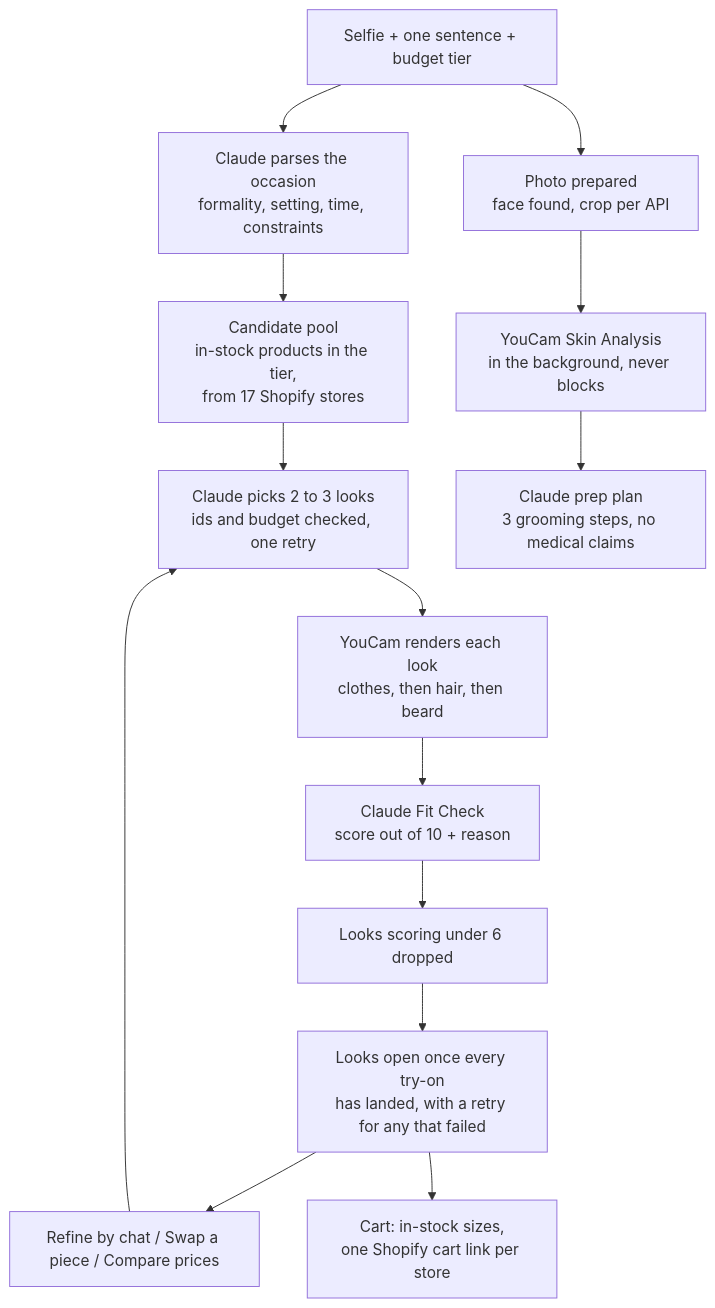
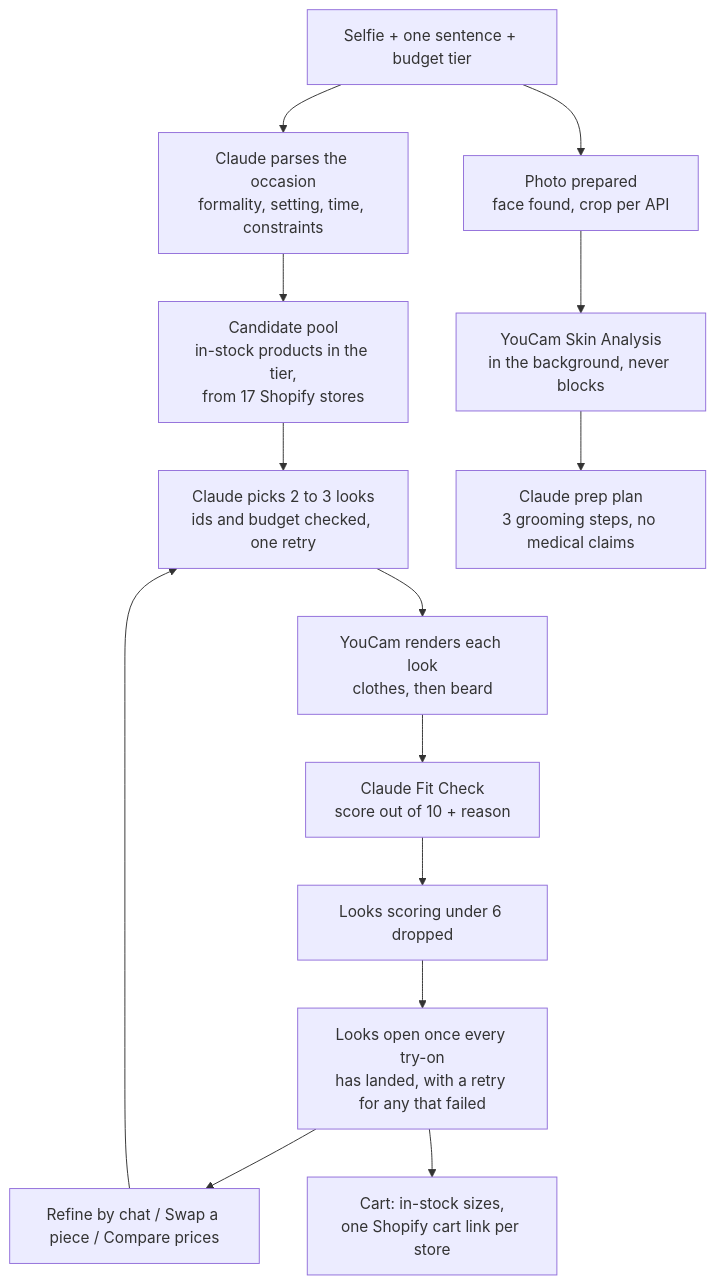
Before and after one commit to love98ed/wingman: the diagram in README.md, drawn with Mermaid. The commit also changed other lines of this file and 7 other files, not shown here.

````diff
--- a/README.md
+++ b/README.md
@@ -53,16 +52,16 @@
 ```mermaid
 flowchart TD
     A[Selfie + one sentence + budget tier] --> B[Claude parses the occasion<br/>formality, setting, time, constraints]
     A --> C[Photo prepared<br/>face found, crop per API]
     C --> D[YouCam Skin Analysis<br/>in the background, never blocks]
     B --> E[Candidate pool<br/>in-stock products in the tier,<br/>from 17 Shopify stores]
     E --> F[Claude picks 2 to 3 looks<br/>ids and budget checked, one retry]
-    F --> G[YouCam renders each look<br/>clothes, then hair, then beard]
+    F --> G[YouCam renders each look<br/>clothes, then beard]
     G --> H[Claude Fit Check<br/>score out of 10 + reason]
     D --> I[Claude prep plan<br/>3 grooming steps, no medical claims]
     H --> P[Looks scoring under 6 dropped]
     P --> J[Looks open once every try-on<br/>has landed, with a retry for any that failed]
     J --> K[Refine by chat / Swap a piece / Compare prices]
     K --> F
     J --> L[Cart: in-stock sizes,<br/>one Shopify cart link per store]
 ```
````
